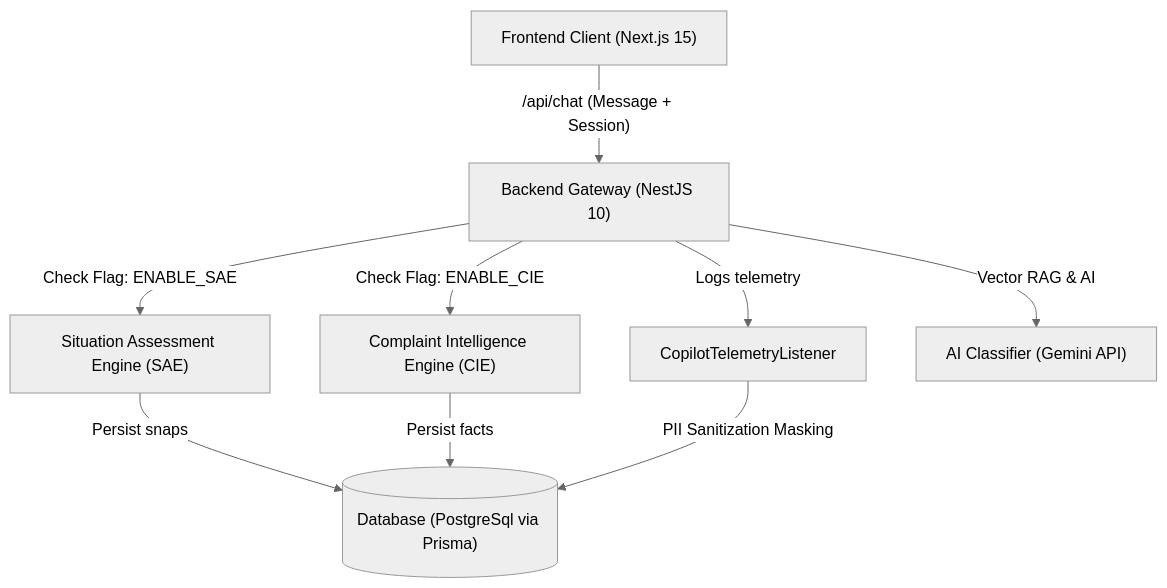
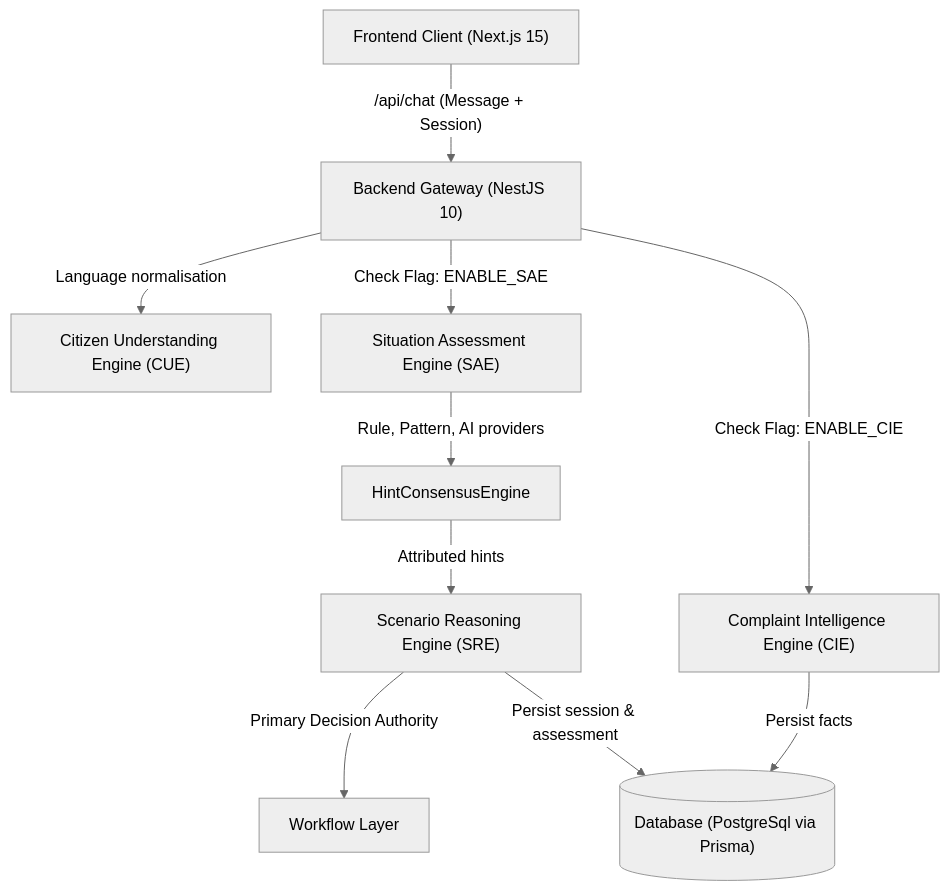
One commit to eowanurag/Rakku-chatbot-v2 changed the first of 2 diagrams in README.md. Above: the diagram before and after it, drawn with Mermaid (neutral theme). The commit also changed other lines of this file and 159 other files, not shown here.

Commit message:
feat: implement core Copilot architecture with scenario reasoning, situation assessment, and complaint intelligence engines

````diff
--- a/README.md
+++ b/README.md
@@ -26,11 +26,12 @@
 ```mermaid
 graph TD
     A["Frontend Client (Next.js 15)"] -->|"/api/chat (Message + Session)"| B["Backend Gateway (NestJS 10)"]
-    B -->|Check Flag: ENABLE_SAE| C["Situation Assessment Engine (SAE)"]
-    B -->|Check Flag: ENABLE_CIE| D["Complaint Intelligence Engine (CIE)"]
-    C -->|Persist snaps| E[("Database (PostgreSql via Prisma)")]
-    D -->|Persist facts| E
-    B -->|Logs telemetry| F["CopilotTelemetryListener"]
-    F -->|PII Sanitization Masking| E
-    B -->|Vector RAG & AI| G["AI Classifier (Gemini API)"]
+    B -->|Language normalisation| CUE["Citizen Understanding Engine (CUE)"]
+    B -->|Check Flag: ENABLE_SAE| SAE["Situation Assessment Engine (SAE)"]
+    SAE -->|Rule, Pattern, AI providers| Consensus["HintConsensusEngine"]
+    Consensus -->|Attributed hints| SRE["Scenario Reasoning Engine (SRE)"]
+    B -->|Check Flag: ENABLE_CIE| CIE["Complaint Intelligence Engine (CIE)"]
+    SRE -->|Primary Decision Authority| Workflow["Workflow Layer"]
+    SRE -->|Persist session & assessment| DB[("Database (PostgreSql via Prisma)")]
+    CIE -->|Persist facts| DB
 ```
````
